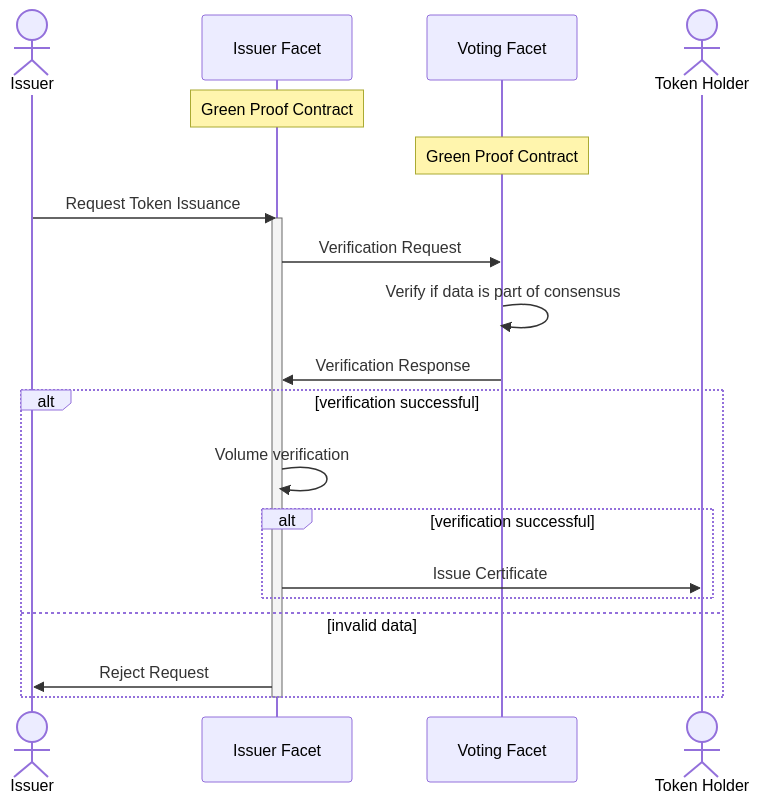
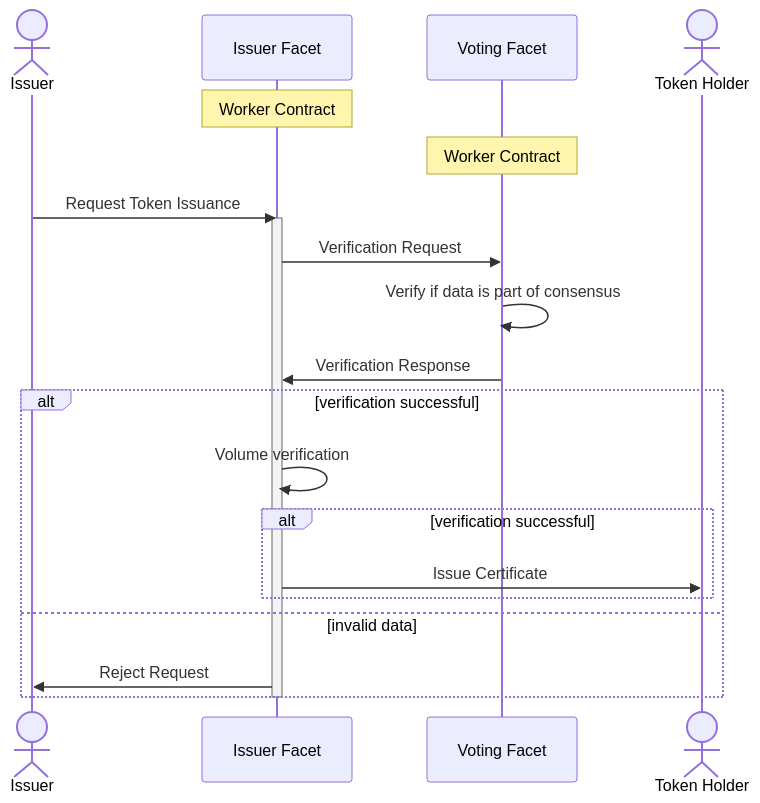
Before and after one commit to energywebfoundation/worker-contract: the second of 2 diagrams in README.md, drawn with Mermaid. The commit also changed other lines of this file and 77 other files, not shown here.

````diff
--- a/README.md
+++ b/README.md
@@ -63,29 +63,29 @@
 ```mermaid
 sequenceDiagram
 
 actor Issuer
-note over Issuer Facet: Green Proof Contract
+note over Issuer Facet: Worker Contract
 participant Issuer Facet
 participant Voting Facet
-note over Voting Facet: Green Proof Contract
+note over Voting Facet: Worker Contract
 
 actor Token Holder
 
 
 
 Issuer->>Issuer Facet: Request Token Issuance
 activate Issuer Facet
 Issuer Facet->>Voting Facet: Verification Request
 Voting Facet->>Voting Facet: Verify if data is part of consensus
 Voting Facet->>Issuer Facet: Verification Response
 alt verification successful
     Issuer Facet->>Issuer Facet: Volume verification 
     alt verification successful
       Issuer Facet->>Token Holder: Issue Certificate
     end
 else invalid data
     Issuer Facet->>Issuer: Reject Request
 end    
 deactivate Issuer Facet
 
 ```
````
